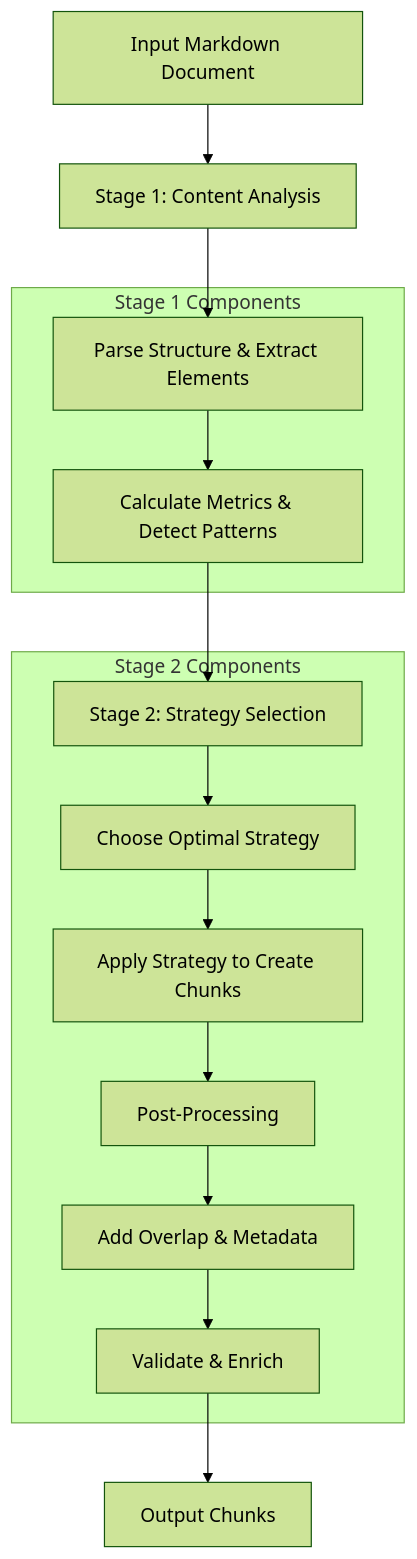
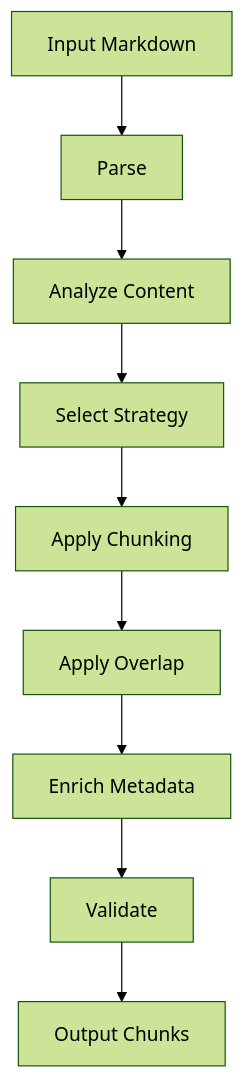
Before and after one commit to asukhodko/dify-markdown-chunker: the first of 4 diagrams in .qoder/repowiki/en/content/Project Overview.md, drawn with Mermaid (forest theme). The commit also changed other lines of this file and 205 other files, not shown here.

````diff
--- a/.qoder/repowiki/en/content/Project Overview.md
+++ b/.qoder/repowiki/en/content/Project Overview.md
@@ -94,25 +59,11 @@
 ```mermaid
 flowchart TD
-A["Input Markdown Document"] --> B["Stage 1: Content Analysis"]
-B --> C["Parse Structure & Extract Elements"]
-C --> D["Calculate Metrics & Detect Patterns"]
-D --> E["Stage 2: Strategy Selection"]
-E --> F["Choose Optimal Strategy"]
-F --> G["Apply Strategy to Create Chunks"]
-G --> H["Post-Processing"]
-H --> I["Add Overlap & Metadata"]
-I --> J["Validate & Enrich"]
-J --> K["Output Chunks"]
-subgraph "Stage 1 Components"
-C
-D
-end
-subgraph "Stage 2 Components"
-E
-F
-G
-H
-I
-J
-end
+A[Input Markdown] --> B[Parse]
+B --> C[Analyze Content]
+C --> D[Select Strategy]
+D --> E[Apply Chunking]
+E --> F[Apply Overlap]
+F --> G[Enrich Metadata]
+G --> H[Validate]
+H --> I[Output Chunks]
 ```
````
